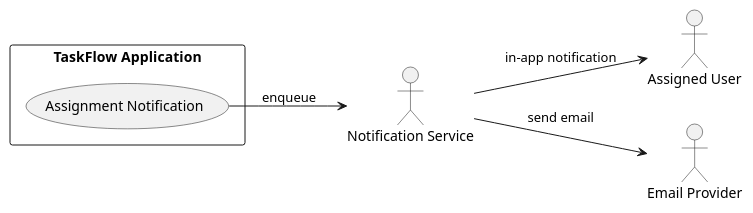
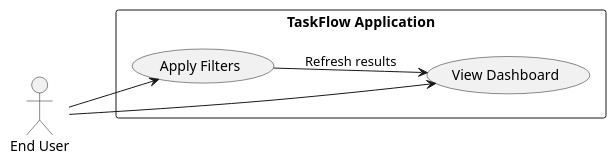
The fifth of 5 diagrams in artifacts/spec/spec.md (Chaman532003/framework), drawn with PlantUML before and after one commit. The commit also changed other lines of this file, not shown here.

````diff
--- a/artifacts/spec/spec.md
+++ b/artifacts/spec/spec.md
@@ -300,12 +484,18 @@
 ```plantuml
 @startuml
 left to right direction
-actor "Assigned User" as User
+skinparam packageStyle rectangle
+
+actor "End User" as User
+
 rectangle "TaskFlow Application" {
-  usecase (Assignment Notification) as AN
+  usecase (View Dashboard) as UC5a
+  usecase (Apply Filters) as UC5b
 }
-AN --> "Notification Service" : enqueue
-"Notification Service" --> "Email Provider" : send email
-"Notification Service" --> User : in-app notification
+
+User --> UC5a
+User --> UC5b
+UC5b --> UC5a : Refresh results
+
 @enduml
 ```
````
